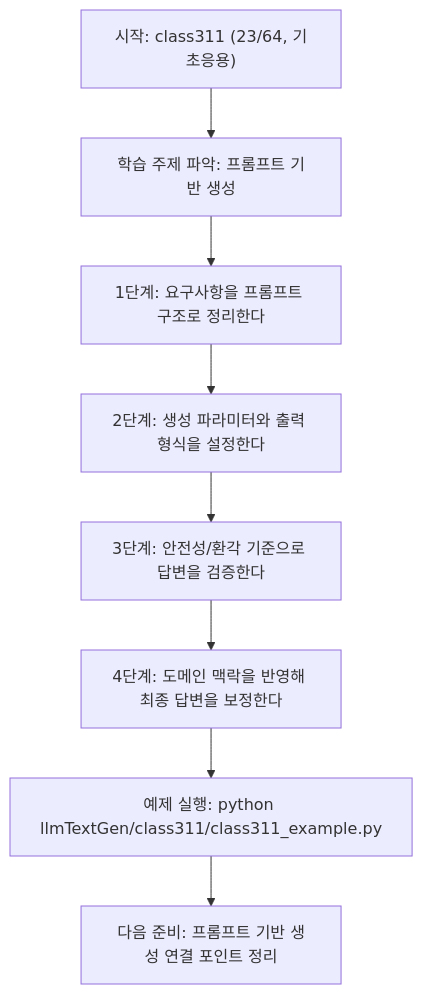
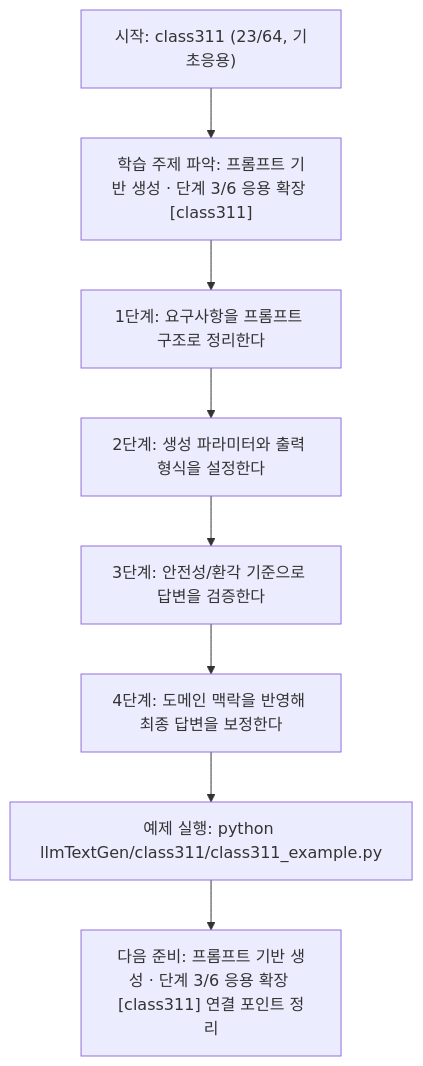
Before and after one commit to edumgt/Python-AI_Agent-Class: the diagram in llmTextGen/class311/class311.md, drawn with Mermaid. The commit also changed other lines of this file and 522 other files, not shown here.

````diff
--- a/llmTextGen/class311/class311.md
+++ b/llmTextGen/class311/class311.md
@@ -113,18 +114,18 @@
 ```mermaid
 flowchart TD
 N1["시작: class311 (23/64, 기초응용)"]
-N2["학습 주제 파악: 프롬프트 기반 생성"]
+N2["학습 주제 파악: 프롬프트 기반 생성 · 단계 3/6 응용 확장 [class311]"]
 N3["1단계: 요구사항을 프롬프트 구조로 정리한다"]
 N4["2단계: 생성 파라미터와 출력 형식을 설정한다"]
 N5["3단계: 안전성/환각 기준으로 답변을 검증한다"]
 N6["4단계: 도메인 맥락을 반영해 최종 답변을 보정한다"]
 N7["예제 실행: python llmTextGen/class311/class311_example.py"]
-N8["다음 준비: 프롬프트 기반 생성 연결 포인트 정리"]
+N8["다음 준비: 프롬프트 기반 생성 · 단계 3/6 응용 확장 [class311] 연결 포인트 정리"]
 N1 --> N2
 N2 --> N3
 N3 --> N4
 N4 --> N5
 N5 --> N6
 N6 --> N7
 N7 --> N8
 ```
````
